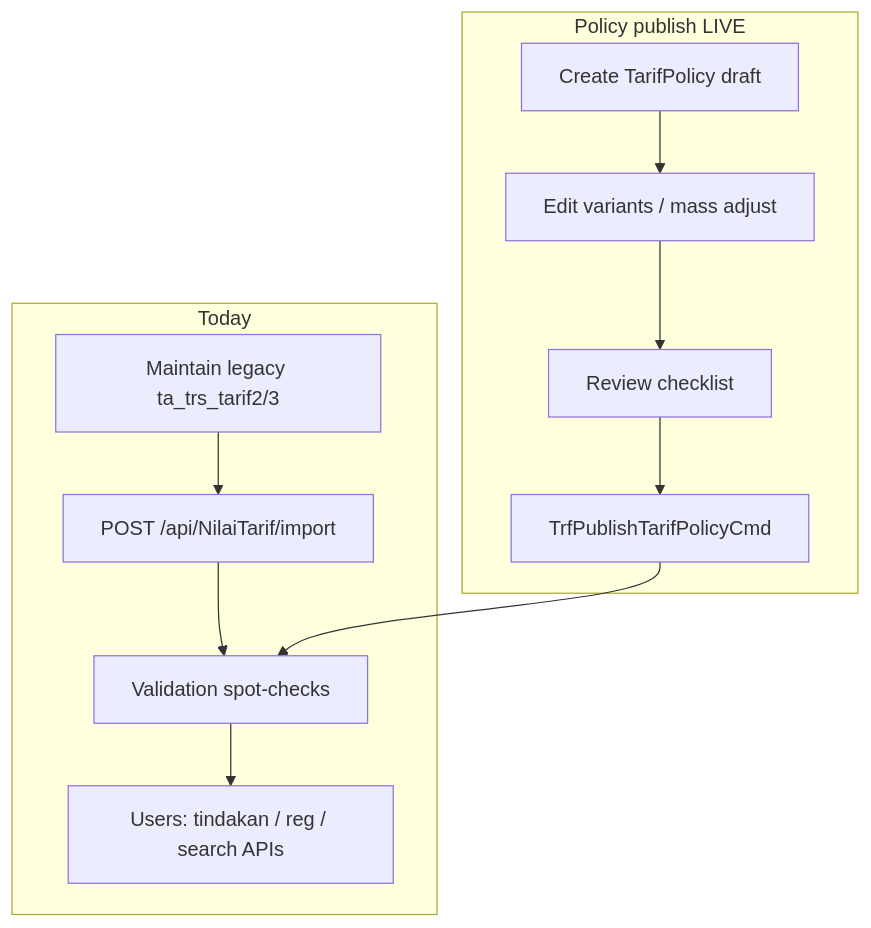
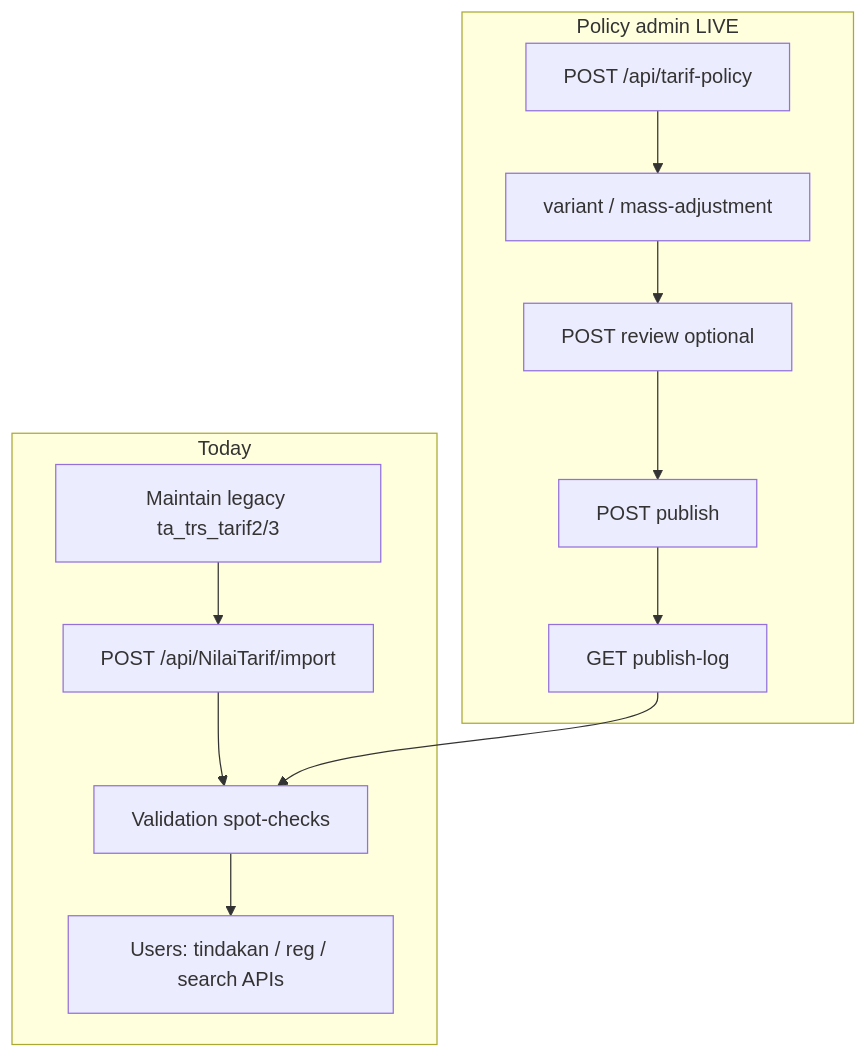
Before and after one commit to smart-ics/b09-bilreg-api: the diagram in docs/contexts/tarif/tarif-05-runbook.md, drawn with Mermaid. The commit also changed other lines of this file and 21 other files, not shown here.

First line of the commit message:
🏗️ feat(tarif): Phase 4 — API admin TarifPolicy dan alur kerja operasional

````diff
--- a/docs/contexts/tarif/tarif-05-runbook.md
+++ b/docs/contexts/tarif/tarif-05-runbook.md
@@ -22,17 +22,18 @@
 ```mermaid
 flowchart TD
     subgraph daily [Today]
         M[Maintain legacy ta_trs_tarif2/3]
         M --> I[POST /api/NilaiTarif/import]
         I --> V[Validation spot-checks]
         V --> U[Users: tindakan / reg / search APIs]
     end
 
-    subgraph policy [Policy publish LIVE]
-        D[Create TarifPolicy draft]
-        D --> E[Edit variants / mass adjust]
-        E --> R[Review checklist]
-        R --> P[TrfPublishTarifPolicyCmd]
-        P --> V
+    subgraph policy [Policy admin LIVE]
+        D[POST /api/tarif-policy]
+        D --> E[variant / mass-adjustment]
+        E --> R[POST review optional]
+        R --> P[POST publish]
+        P --> L[GET publish-log]
+        L --> V
     end
 ```
````
